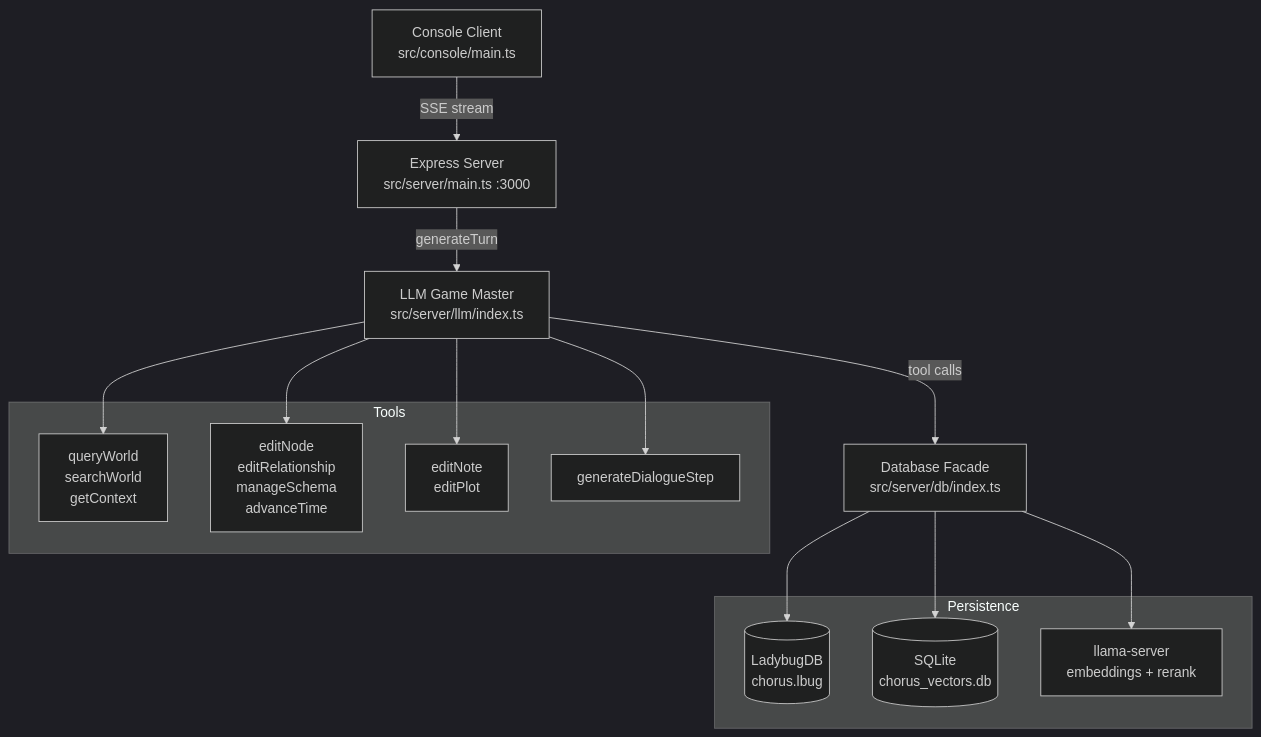
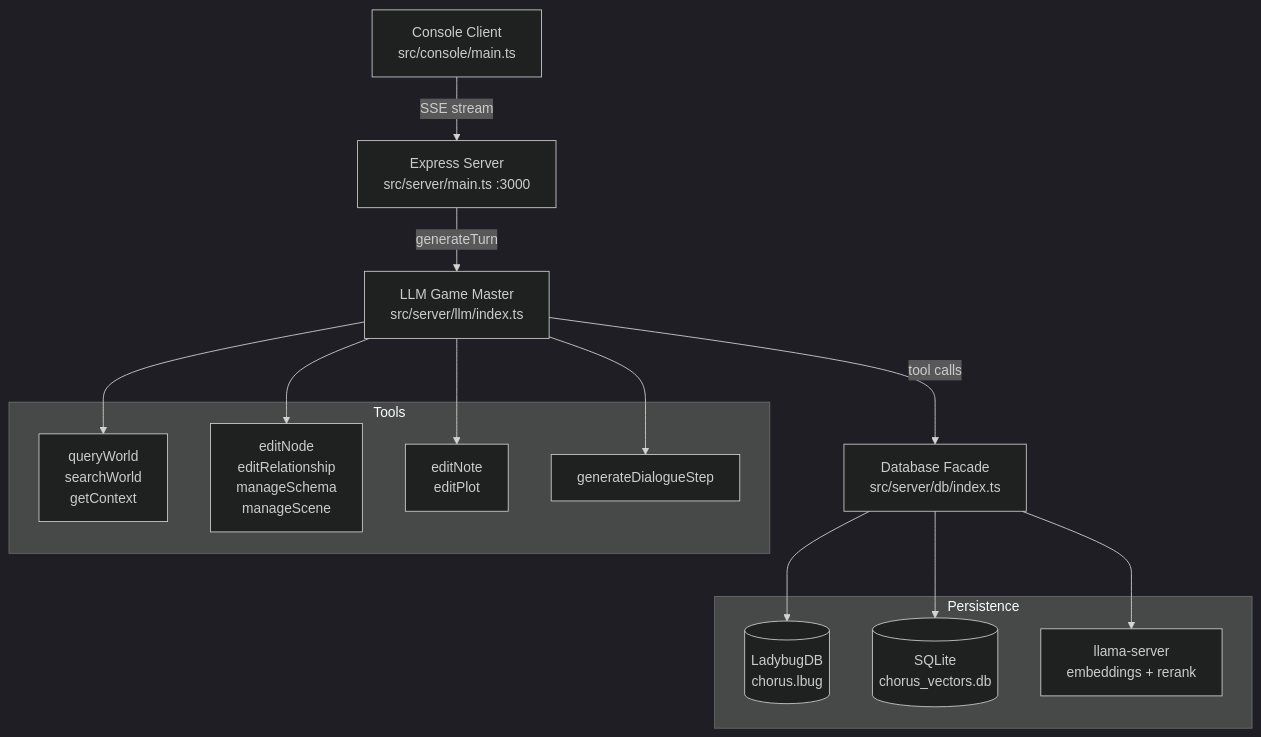
The diagram in DEVELOPER.md (THZthz/elysian-dialogue), drawn with Mermaid (dark theme) before and after one commit. The commit also changed other lines of this file, not shown here.

Commit message:
docs: update DEVELOPER.md to reflect Scene-based architecture (manageScene replaces advanceTime, notes link to scenes not messages)

````diff
--- a/DEVELOPER.md
+++ b/DEVELOPER.md
@@ -81,33 +81,33 @@
 ```mermaid
 flowchart TD
     CONSOLE[Console Client<br/>src/console/main.ts]
     EXPRESS[Express Server<br/>src/server/main.ts :3000]
     LLM[LLM Game Master<br/>src/server/llm/index.ts]
     DB[Database Facade<br/>src/server/db/index.ts]
 
     CONSOLE -->|SSE stream| EXPRESS
     EXPRESS -->|generateTurn| LLM
     LLM -->|tool calls| DB
 
     subgraph Persistence
         LADYBUG[(LadybugDB<br/>chorus.lbug)]
         SQLITE[(SQLite<br/>chorus_vectors.db)]
         LLAMA[llama-server<br/>embeddings + rerank]
     end
 
     DB --> LADYBUG
     DB --> SQLITE
     DB --> LLAMA
 
     subgraph Tools
         SENSE[queryWorld<br/>searchWorld<br/>getContext]
-        ACT[editNode<br/>editRelationship<br/>manageSchema<br/>advanceTime]
+        ACT[editNode<br/>editRelationship<br/>manageSchema<br/>manageScene]
         TRACK[editNote<br/>editPlot]
         SPEAK[generateDialogueStep]
     end
 
     LLM --> SENSE
     LLM --> ACT
     LLM --> TRACK
     LLM --> SPEAK
 ```
````
